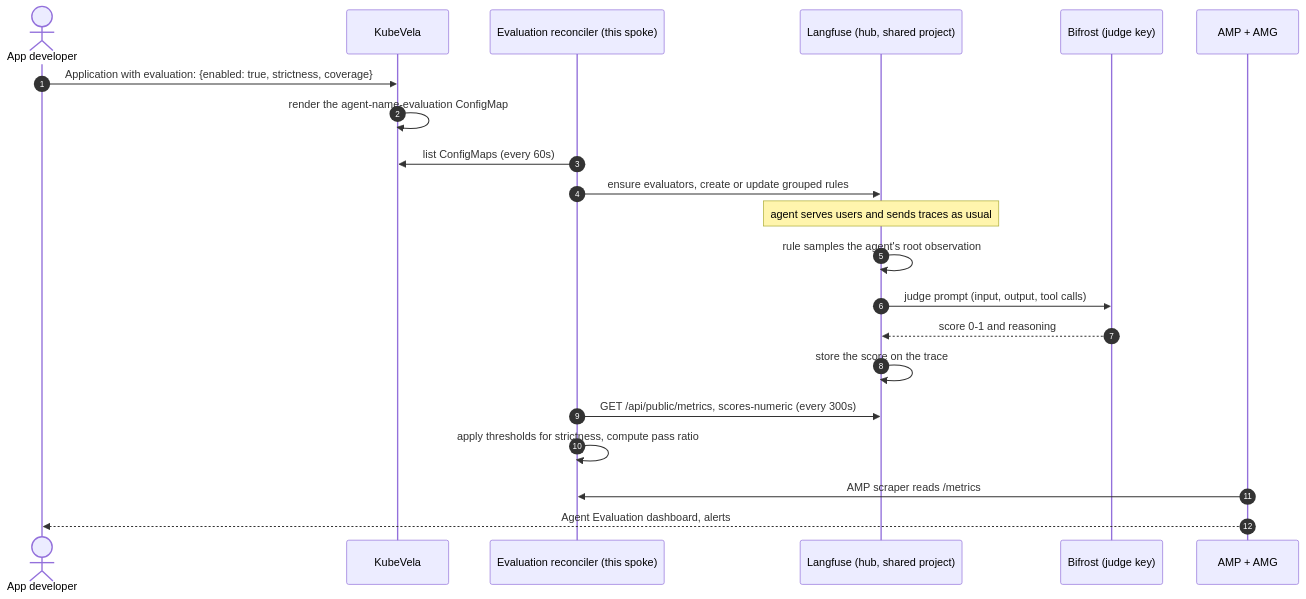
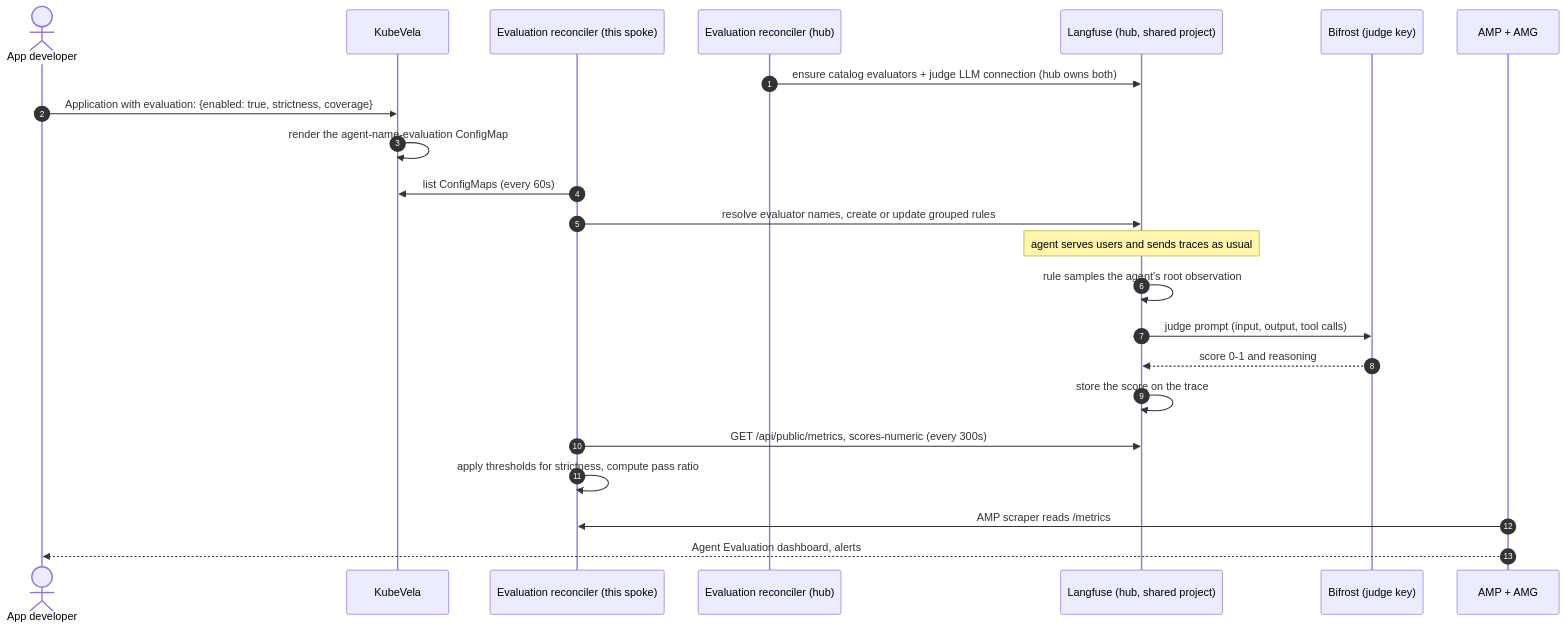
Before and after one commit to awslabs/open-agentic-platform: the fourth of 4 diagrams in docs/architecture/agent-evaluation.md, drawn with Mermaid. The commit also changed other lines of this file, not shown here.

First line of the commit message:
docs(architecture): name one owner per Langfuse object, and record the evaluator component as a follow-up

````diff
--- a/docs/architecture/agent-evaluation.md
+++ b/docs/architecture/agent-evaluation.md
@@ -827,23 +939,25 @@
 ```mermaid
 sequenceDiagram
     autonumber
     actor Dev as App developer
     participant KV as KubeVela
     participant R as Evaluation reconciler (this spoke)
+    participant RH as Evaluation reconciler (hub)
     participant LF as Langfuse (hub, shared project)
     participant BF as Bifrost (judge key)
     participant G as AMP + AMG
+    RH->>LF: ensure catalog evaluators + judge LLM connection (hub owns both)
     Dev->>KV: Application with evaluation: {enabled: true, strictness, coverage}
     KV->>KV: render the agent-name-evaluation ConfigMap
     R->>KV: list ConfigMaps (every 60s)
-    R->>LF: ensure evaluators, create or update grouped rules
+    R->>LF: resolve evaluator names, create or update grouped rules
     Note over LF: agent serves users and sends traces as usual
     LF->>LF: rule samples the agent's root observation
     LF->>BF: judge prompt (input, output, tool calls)
     BF-->>LF: score 0-1 and reasoning
     LF->>LF: store the score on the trace
     R->>LF: GET /api/public/metrics, scores-numeric (every 300s)
     R->>R: apply thresholds for strictness, compute pass ratio
     G->>R: AMP scraper reads /metrics
     G-->>Dev: Agent Evaluation dashboard, alerts
 ```
````
